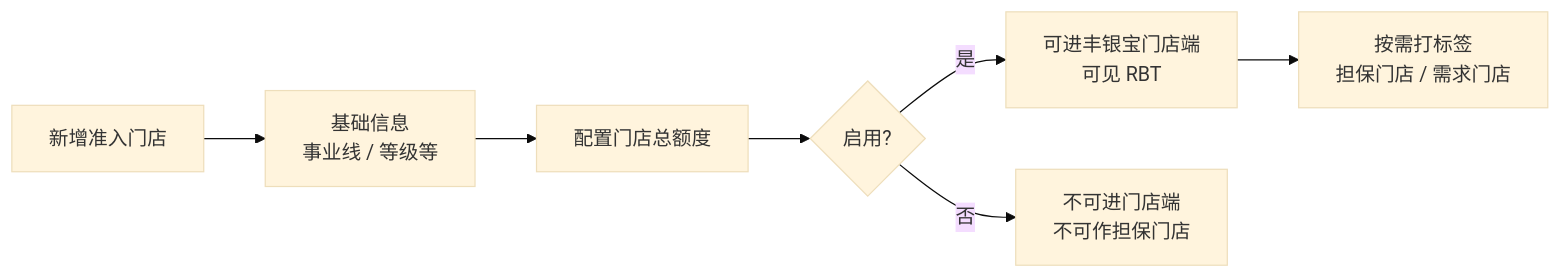
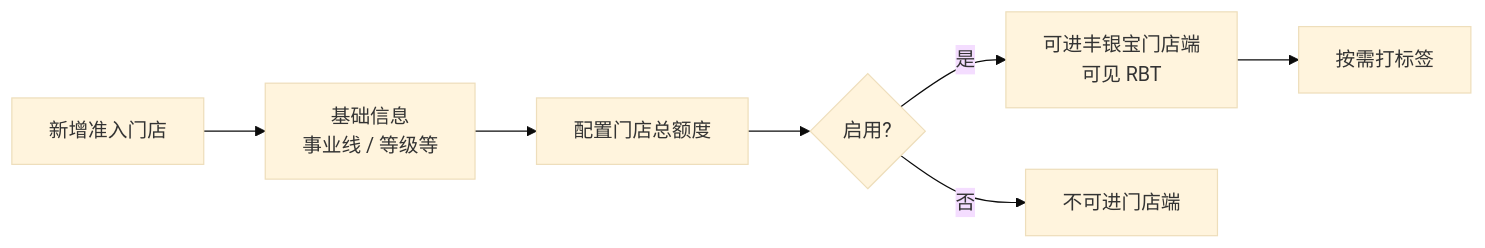
One commit to 342-droid/LFerp changed the second of 7 diagrams in RBT/docs/整体业务流程图.md. Above: the diagram before and after it, drawn with Mermaid (base theme). The commit also changed other lines of this file and 32 other files, not shown here.

````diff
--- a/RBT/docs/整体业务流程图.md
+++ b/RBT/docs/整体业务流程图.md
@@ -78,9 +76,9 @@
 ```mermaid
 flowchart LR
   S0[新增准入门店] --> S1[基础信息<br/>事业线 / 等级等]
   S1 --> S2[配置门店总额度]
   S2 --> S3{启用?}
   S3 -->|是| S4[可进丰银宝门店端<br/>可见 RBT]
-  S3 -->|否| S5[不可进门店端<br/>不可作担保门店]
-  S4 --> S6[按需打标签<br/>担保门店 / 需求门店]
+  S3 -->|否| S5[不可进门店端]
+  S4 --> S6[按需打标签]
 ```
````
